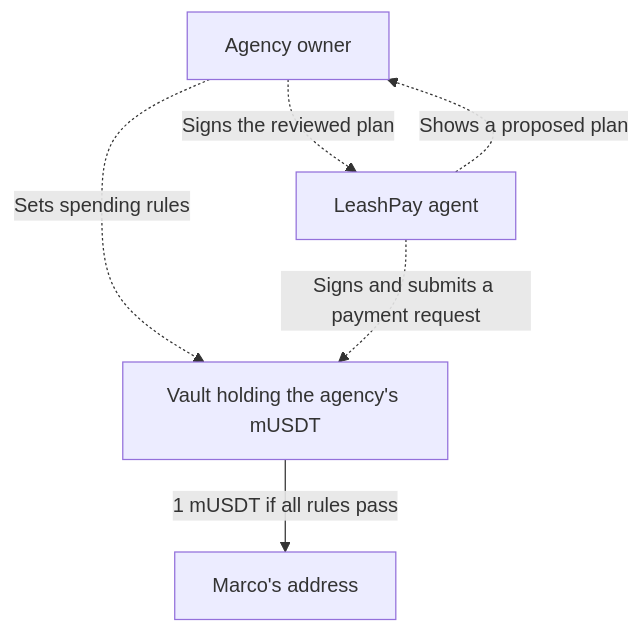
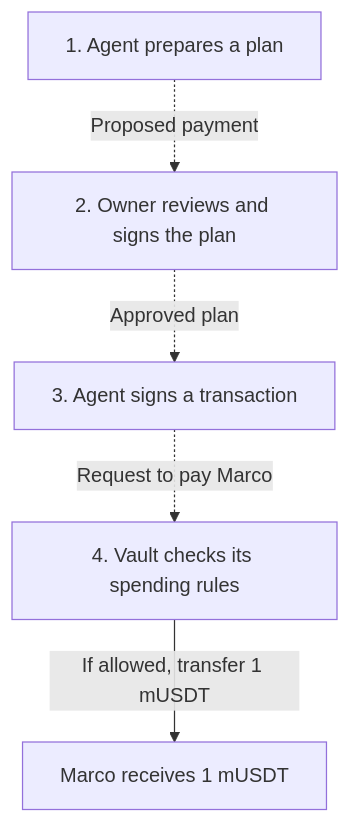
Before and after one commit to MubinaMubina/LeashPay: the diagram in docs/knowledge/03-how-leashpay-works.md, drawn with Mermaid. The commit also changed other lines of this file and 5 other files, not shown here.

Commit message:
Clarify the payment diagram and teach readers to follow Marco’s token transfer

````diff
--- a/docs/knowledge/03-how-leashpay-works.md
+++ b/docs/knowledge/03-how-leashpay-works.md
@@ -9,12 +9,14 @@
 ```mermaid
 flowchart TD
-    Owner["Agency owner"]
-    Agent["LeashPay agent"]
-    Vault["Vault holding the agency's mUSDT"]
-    Marco["Marco's address"]
-    Owner -.->|"Sets spending rules"| Vault
-    Agent -.->|"Shows a proposed plan"| Owner
-    Owner -.->|"Signs the reviewed plan"| Agent
-    Agent -.->|"Signs and submits a payment request"| Vault
-    Vault -->|"1 mUSDT if all rules pass"| Marco
+    accTitle: How the agency pays Marco
+    accDescr: The agent prepares a payment plan. The owner signs the plan. The same agent signs a transaction asking the vault to pay. If the rules pass, the vault transfers one mUSDT to Marco.
+    Plan["1. Agent prepares a plan"]
+    Owner["2. Owner reviews and signs the plan"]
+    Agent["3. Agent signs a transaction"]
+    Vault["4. Vault checks its spending rules"]
+    Marco["Marco receives 1 mUSDT"]
+    Plan -.->|"Proposed payment"| Owner
+    Owner -.->|"Approved plan"| Agent
+    Agent -.->|"Request to pay Marco"| Vault
+    Vault -->|"If allowed, transfer 1 mUSDT"| Marco
 ```
````
